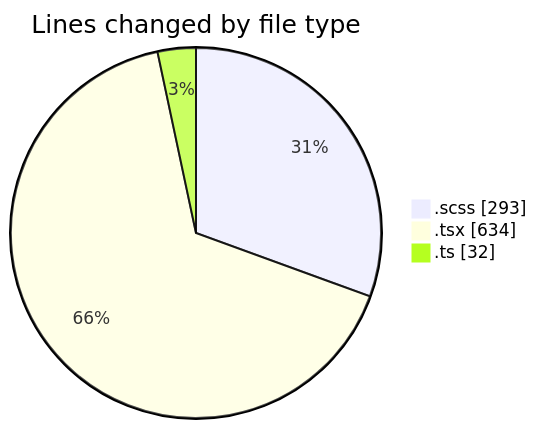
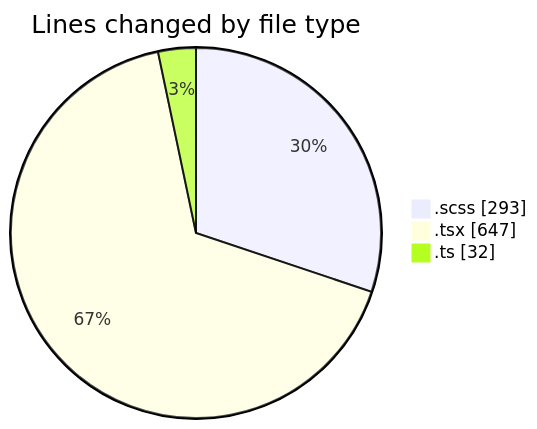
Before and after one commit to momahboobian/code-tracking: the first of 2 diagrams in 2025-03-04/cda/README.md, drawn with Mermaid. The commit also changed other lines of this file and 1 other file, not shown here.

````diff
--- a/2025-03-04/cda/README.md
+++ b/2025-03-04/cda/README.md
@@ -25,7 +25,7 @@
 ```mermaid
 pie showData
 title Lines changed by file type
 ".scss" : 293
-".tsx" : 634
+".tsx" : 647
 ".ts" : 32
 ```
````
